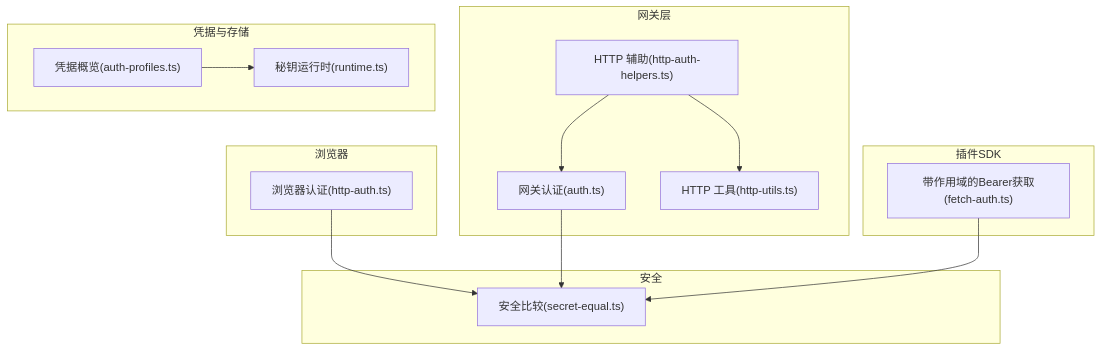
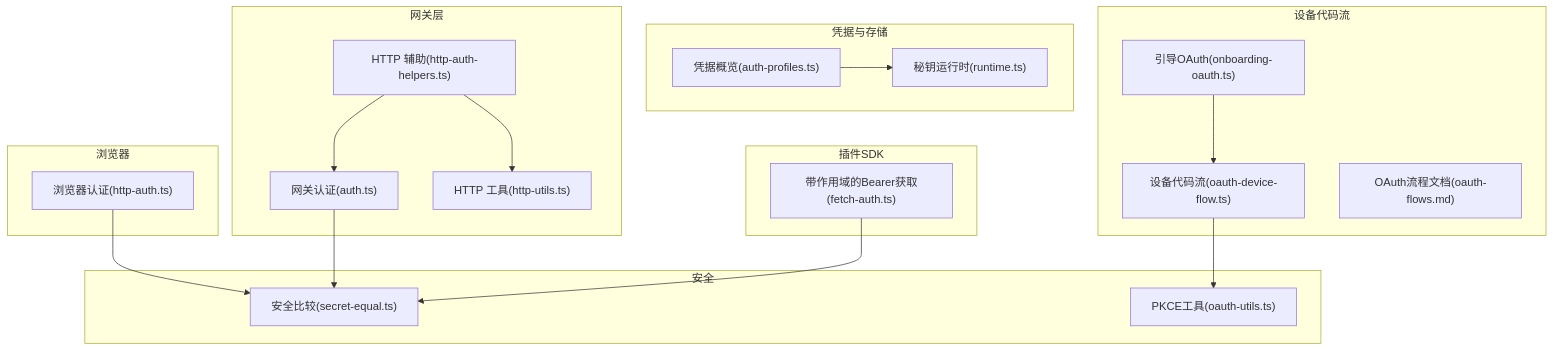
One commit to verse-ai-org/openclaw changed the first of 11 diagrams in .qoder/repowiki/zh/content/安全与配置/认证系统/认证系统.md. Above: the diagram before and after it, drawn with Mermaid. The commit also changed other lines of this file and 19 other files, not shown here.

````diff
--- a/.qoder/repowiki/zh/content/安全与配置/认证系统/认证系统.md
+++ b/.qoder/repowiki/zh/content/安全与配置/认证系统/认证系统.md
@@ -44,27 +63,35 @@
 ```mermaid
 graph TB
 subgraph "网关层"
 GA["网关认证(auth.ts)"]
 GHU["HTTP 工具(http-utils.ts)"]
 GAH["HTTP 辅助(http-auth-helpers.ts)"]
 end
 subgraph "浏览器"
 BA["浏览器认证(http-auth.ts)"]
 end
 subgraph "凭据与存储"
 AP["凭据概览(auth-profiles.ts)"]
 RT["秘钥运行时(runtime.ts)"]
 end
 subgraph "安全"
 SE["安全比较(secret-equal.ts)"]
+PU["PKCE工具(oauth-utils.ts)"]
 end
 subgraph "插件SDK"
 FA["带作用域的Bearer获取(fetch-auth.ts)"]
+end
+subgraph "设备代码流"
+ODF["设备代码流(oauth-device-flow.ts)"]
+OOA["引导OAuth(onboarding-oauth.ts)"]
+OFD["OAuth流程文档(oauth-flows.md)"]
 end
 BA --> SE
 GA --> SE
 GAH --> GA
 GAH --> GHU
 AP --> RT
 FA --> SE
+ODF --> PU
+OOA --> ODF
 ```
````
